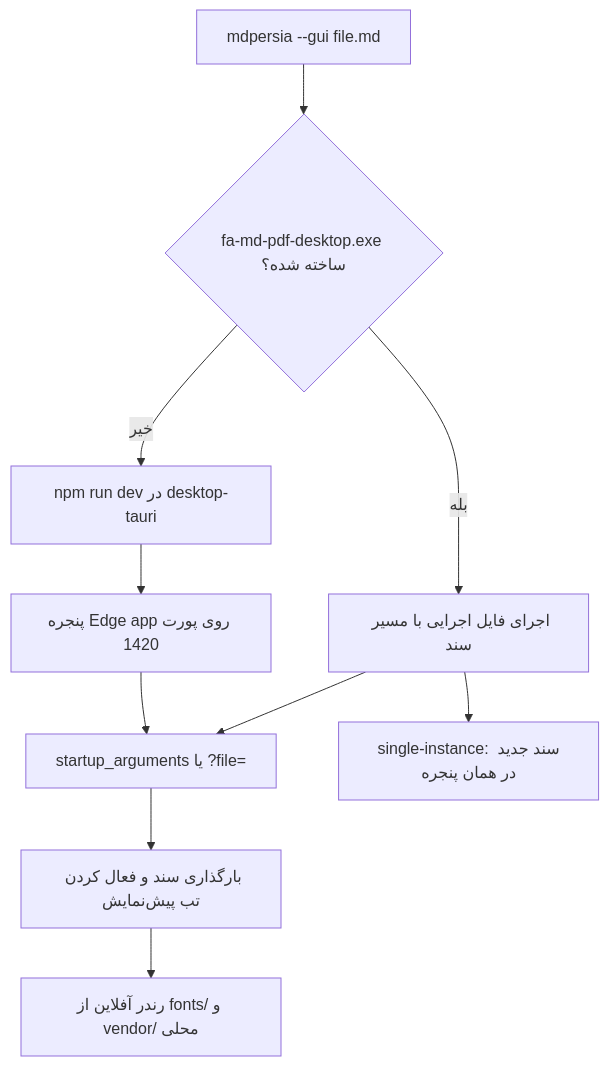
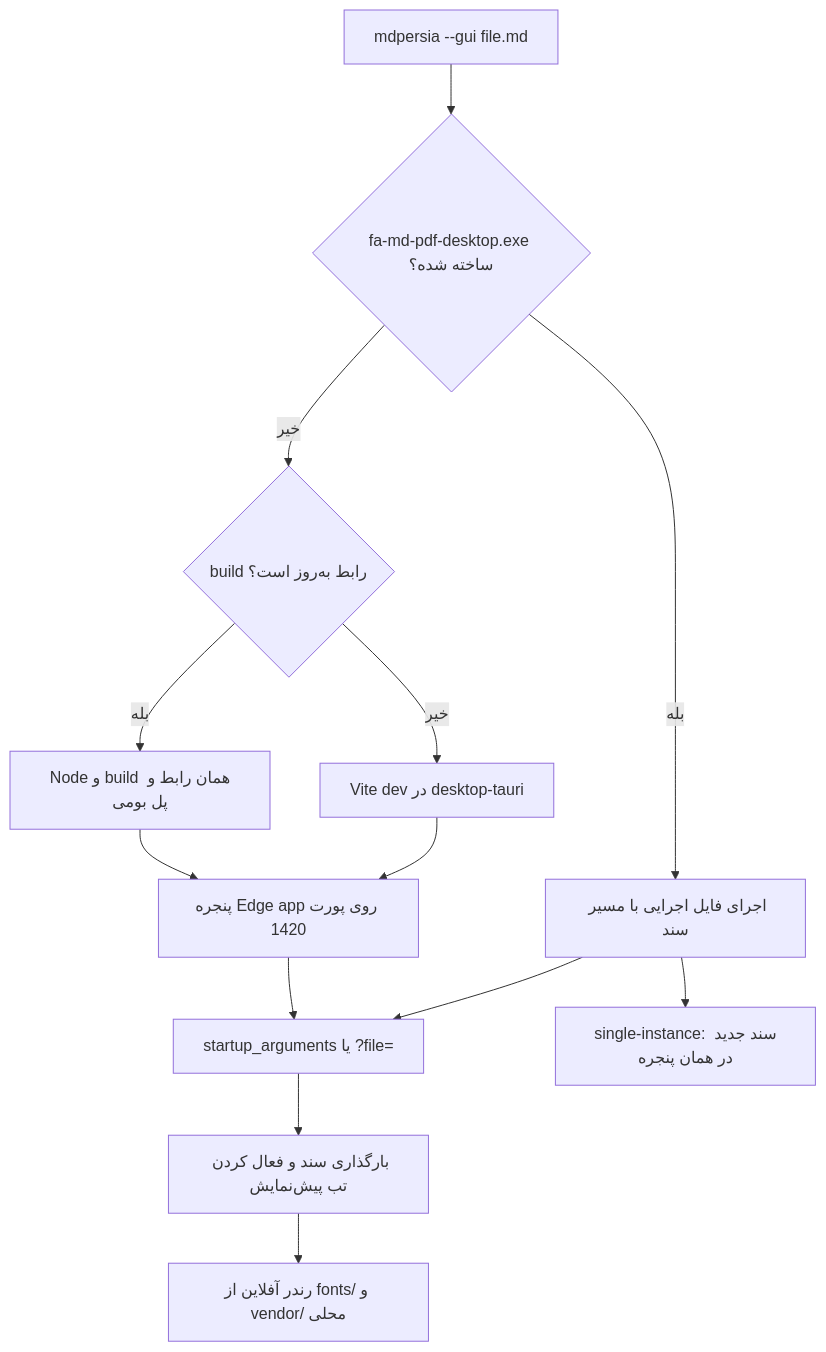
Before and after one commit to Pezhm4n/MdPersia: the third of 3 diagrams in docs/ARCHITECTURE.md, drawn with Mermaid. The commit also changed other lines of this file and 30 other files, not shown here.

````diff
--- a/docs/ARCHITECTURE.md
+++ b/docs/ARCHITECTURE.md
@@ -42,12 +42,15 @@
 ```mermaid
 flowchart TD
     A["mdpersia --gui file.md"] --> B{"fa-md-pdf-desktop.exe ساخته شده؟"}
     B --> |بله| C["اجرای فایل اجرایی با مسیر سند"]
-    B --> |خیر| D["npm run dev در desktop-tauri"]
+    B --> |خیر| J{"build رابط به‌روز است؟"}
+    J --> |بله| D["Node و build همان رابط و پل بومی"]
+    J --> |خیر| K["Vite dev در desktop-tauri"]
+    K --> E
     D --> E["پنجره Edge app روی پورت 1420"]
     C --> F["startup_arguments یا ?file="]
     E --> F
     F --> G["بارگذاری سند و فعال کردن تب پیش‌نمایش"]
     G --> H["رندر آفلاین از fonts/ و vendor/ محلی"]
     C --> I["single-instance: سند جدید در همان پنجره"]
 ```
````
